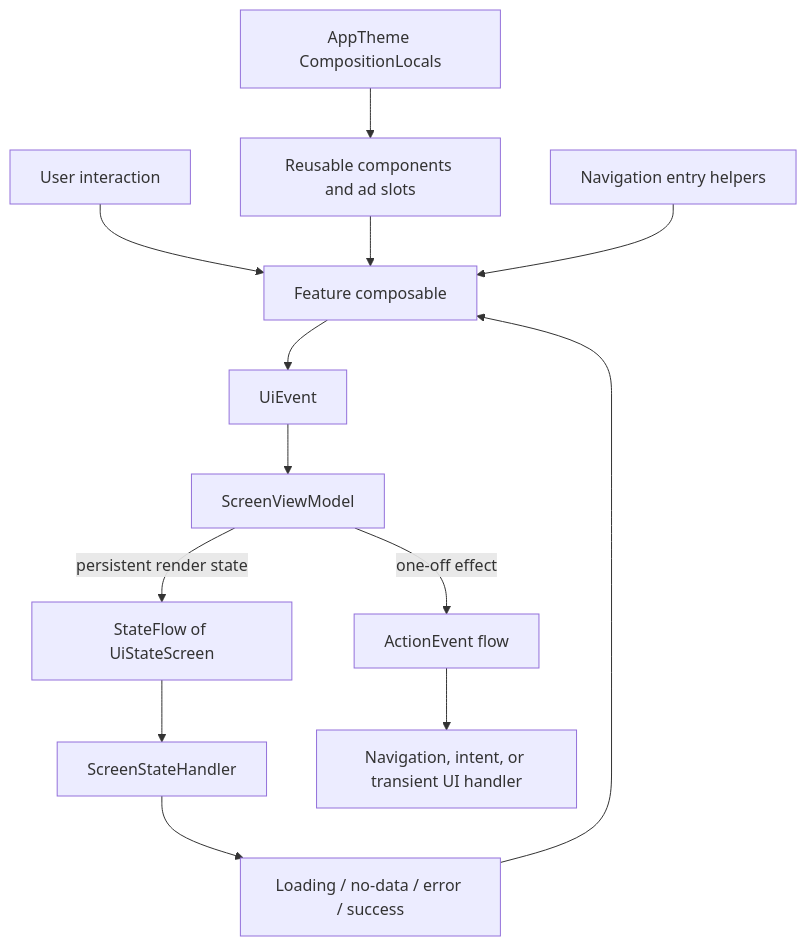
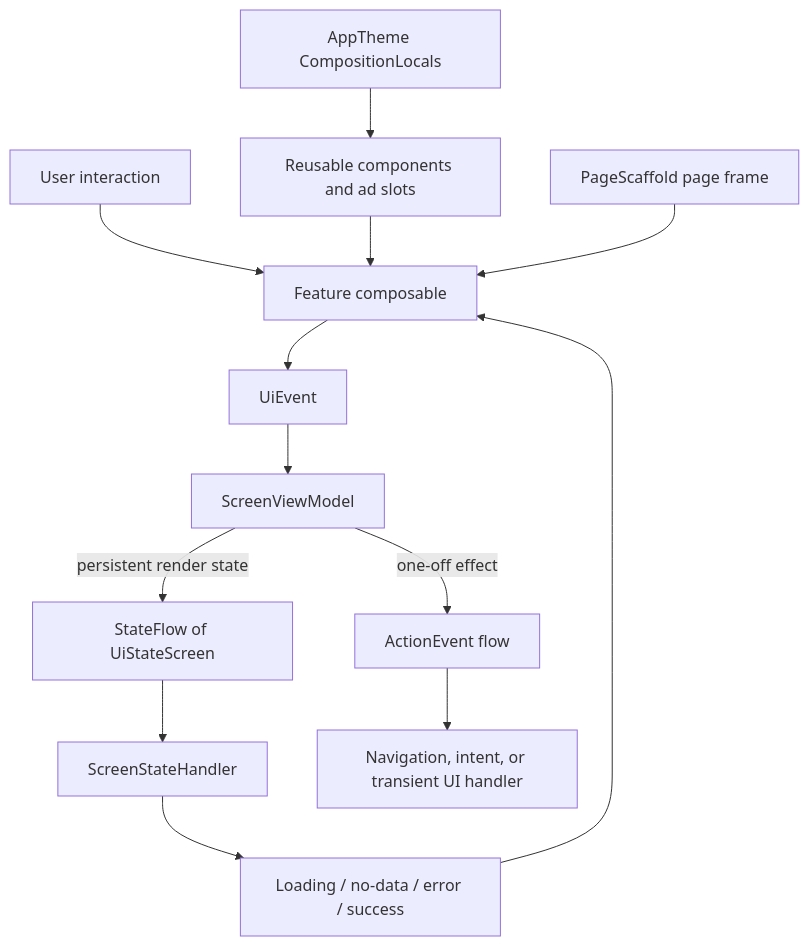
One commit to MihaiCristianCondrea/App-Toolkit-for-Android changed the diagram in library/core/ui/README.md. Above: the diagram before and after it, drawn with Mermaid. The commit also changed other lines of this file and 130 other files, not shown here.

````diff
--- a/library/core/ui/README.md
+++ b/library/core/ui/README.md
@@ -53,15 +56,15 @@
 ```mermaid
 flowchart TD
     User[User interaction] --> Screen[Feature composable]
     Screen --> Event[UiEvent]
     Event --> VM[ScreenViewModel]
     VM -->|persistent render state| State[StateFlow of UiStateScreen]
     VM -->|one-off effect| Action[ActionEvent flow]
     State --> Handler[ScreenStateHandler]
     Handler --> Loading[Loading / no-data / error / success]
     Loading --> Screen
     Action --> Host[Navigation, intent, or transient UI handler]
     Theme[AppTheme CompositionLocals] --> Components[Reusable components and ad slots]
     Components --> Screen
-    Nav[Navigation entry helpers] --> Screen
+    Frame[PageScaffold page frame] --> Screen
 ```
````
